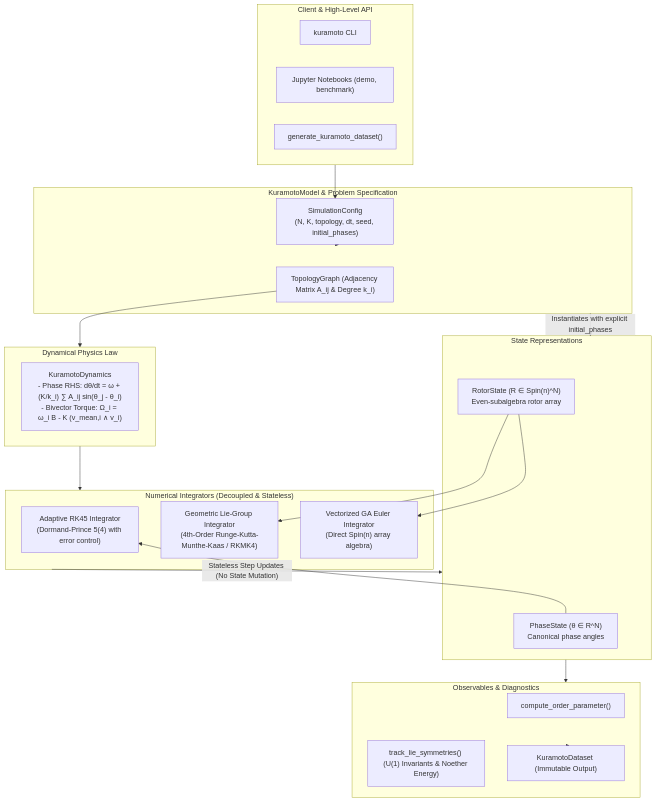
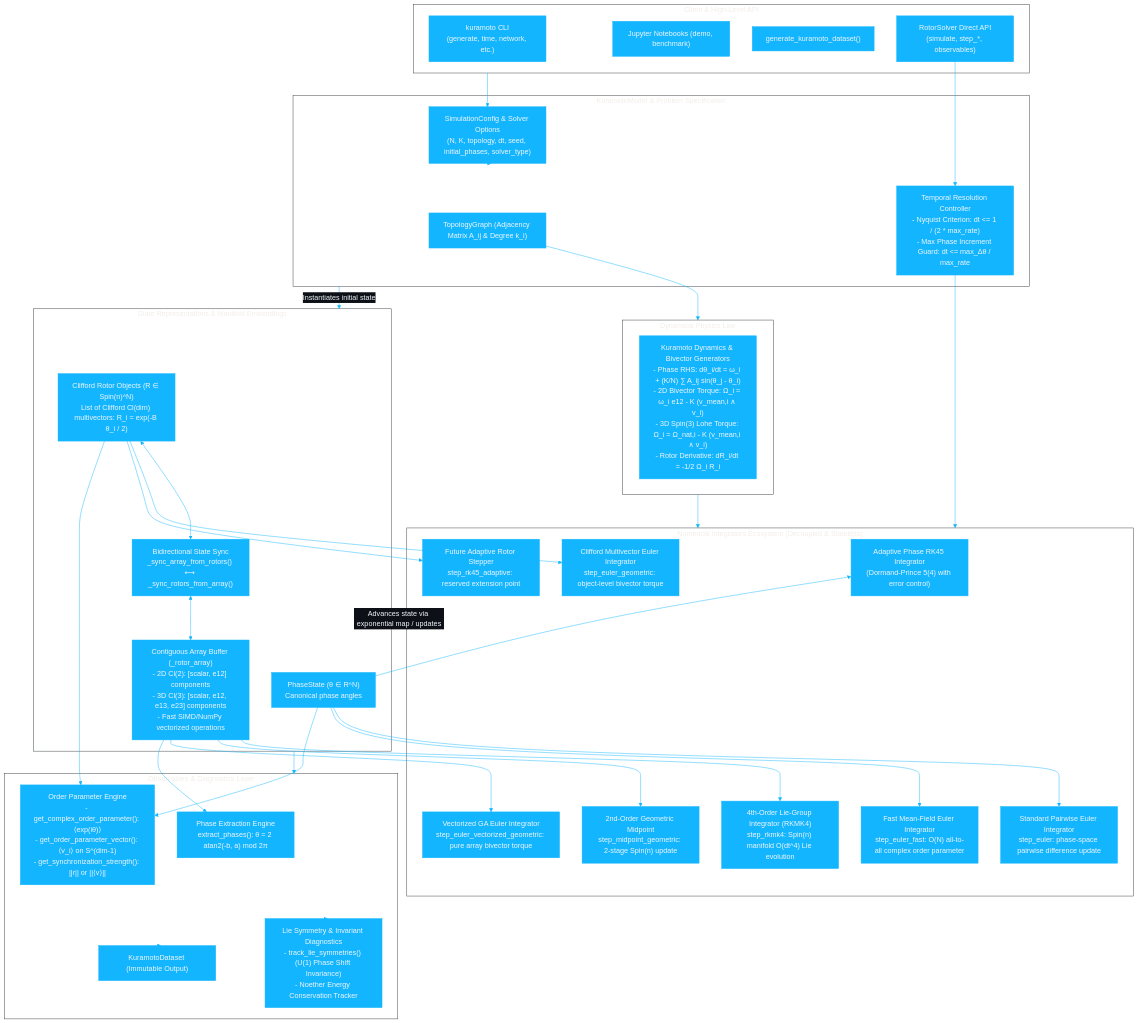
Before and after one commit to Scriber-Labs/kuramoto-benchmark-suite: the diagram in examples/architecture.mmd, drawn with Mermaid. The commit also changed 14 other files, not shown here.

```diff
--- a/examples/architecture.mmd
+++ b/examples/architecture.mmd
@@ -1,93 +1,102 @@
-%%{ init: {
-    "theme": "base",
-    "themeVariables": {
-        "background": "#0D1117",
-        "primaryColor": "#14B5FF",
-        "primaryTextColor": "#F0F6FC",
-        "primaryBorderColor": "#14B5FF",
-        "lineColor": "#14B5FF",
-        "secondaryColor": "#0070EB",
-        "tertiaryColor": "#0D1117",
-        "fontFamily": "'Aclonica', sans-serif",
-        "fontSize": "16px",
-        "clusterBkg": "rgba(255, 255, 255, 0.03)",
-        "clusterBorder": "#30363D",
-        "edgeLabelBackground":"#0D1117",
-        "nodeSpacing": 48,
-        "rankSpacing": 80,
-        "borderRadius": "10"
-    },
-    "themeCSS": "
-        .node rect, .node circle, .node ellipse, .node polygon, .node path: {
-            "fill-opacity": 0.9;
-            "stroke-width": 2px;1
-        }
-        .cluster rect {
-            "rx": 16;
-            "ry": 16;
-        }
-        .nodeLabel, .edgeLabel, .cluster-label, .cluster-label text, .label, .label text, text, .katex, .katex *, .MathJax, .MathJax *, mjx-container, mjx-container * {
-            color: #F0F6FC !important;
-            fill: #F0F6FC !important;
-            -webkit-text-fill-color: #F0F6FC !important;
-        }
-    ",
-    "flowchart": {
-        "curve": "basis",
-        "useMaxWidth": true,
-        "htmlLabels": true
-    },
-    "handDrawn": false
-    }
-}%%
-
-
+---
+config:
+  theme: base
+  look: classic
+  themeVariables:
+    background: "#0D1117"
+    primaryColor: "#14B5FF"
+    primaryTextColor: "#F0F6FC"
+    primaryBorderColor: "#14B5FF"
+    lineColor: "#14B5FF"
+    secondaryColor: "#0070EB"
+    tertiaryColor: "#0D1117"
+    fontFamily: "'Aclonica', sans-serif"
+    fontSize: "16px"
+    clusterBkg: "rgba(255, 255, 255, 0.03)"
+    clusterBorder: "#30363D"
+    edgeLabelBackground: "#0D1117"
+    nodeSpacing: 48
+    rankSpacing: 80
+    borderRadius: "10"
+  flowchart:
+    curve: basis
+    useMaxWidth: true
+    htmlLabels: true
+  themeCSS: |
+    .node rect, .node circle, .node ellipse, .node polygon, .node path { fill-opacity: 0.9; stroke-width: 2px; }
+    .cluster rect { rx: 16; ry: 16; }
+    .nodeLabel, .edgeLabel, .cluster-label, .cluster-label text, .label, .label text, text, .katex, .katex *, .MathJax, .MathJax *, mjx-container, mjx-container * { color: #F0F6FC !important; fill: #F0F6FC !important; -webkit-text-fill-color: #F0F6FC !important; }
+---
 flowchart TD
 
 subgraph Client_API["Client & High-Level API"]
-    CLI["kuramoto CLI"]
+    CLI["kuramoto CLI<br/>(generate, time, network, etc.)"]
     Notebooks["Jupyter Notebooks (demo, benchmark)"]
     API_Gen["generate_kuramoto_dataset()"]
+    Direct_Rotor["RotorSolver Direct API<br/>(simulate, step_*, observables)"]
 end
 
 subgraph Model_Orchestration["KuramotoModel & Problem Specification"]
-    Config["SimulationConfig<br/>(N, K, topology, dt, seed, initial_phases)"]
+    Config["SimulationConfig & Solver Options<br/>(N, K, topology, dt, seed, initial_phases, solver_type)"]
     Topology["TopologyGraph (Adjacency Matrix A_ij & Degree k_i)"]
+    Temporal_Ctrl["Temporal Resolution Controller<br/>- Nyquist Criterion: dt <= 1 / (2 * max_rate)<br/>- Max Phase Increment Guard: dt <= max_Δθ / max_rate"]
 end
 
 subgraph Physics_Law["Dynamical Physics Law"]
-      KuramotoPhysics["KuramotoDynamics<br/>- Phase RHS: dθ/dt = ω + (K/k_i) ∑ A_ij sin(θ_j - θ_i)<br/>- Bivector Torque: Ω_i = ω_i B - K (v_mean,i ∧ v_i)"]
+    KuramotoPhysics["Kuramoto Dynamics & Bivector Generators<br/>- Phase RHS: dθ_i/dt = ω_i + (K/N) ∑ A_ij sin(θ_j - θ_i)<br/>- 2D Bivector Torque: Ω_i = ω_i e12 - K (v_mean,i ∧ v_i)<br/>- 3D Spin(3) Lohe Torque: Ω_i = Ω_nat,i - K (v_mean,i ∧ v_i)<br/>- Rotor Derivative: dR_i/dt = -1/2 Ω_i R_i"]
 end
 
-subgraph State_Representations["State Representations"]
+subgraph State_Representations["State Representations & Manifold Embeddings"]
     PhaseState["PhaseState (θ ∈ R^N)<br/>Canonical phase angles"]
-    RotorState["RotorState (R ∈ Spin(n)^N)<br/>Even-subalgebra rotor array"]
+    RotorState["Clifford Rotor Objects (R ∈ Spin(n)^N)<br/>List of Clifford Cl(dim) multivectors: R_i = exp(-B θ_i / 2)"]
+    RotorArray["Contiguous Array Buffer (_rotor_array)<br/>- 2D Cl(2): [scalar, e12] components<br/>- 3D Cl(3): [scalar, e12, e13, e23] components<br/>- Fast SIMD/NumPy vectorized operations"]
+    Sync["Bidirectional State Sync<br/>_sync_array_from_rotors() ⟷ _sync_rotors_from_array()"]
 end
 
-subgraph Integrator_Ecosystem["Numerical Integrators (Decoupled & Stateless)"]
-    RK45_Int["Adaptive RK45 Integrator<br/>(Dormand-Prince 5(4) with error control)"]
-    Lie_RKMK["Geometric Lie-Group Integrator<br/>(4th-Order Runge-Kutta-Munthe-Kaas / RKMK4)"]
-    Vec_Euler["Vectorized GA Euler Integrator<br/>(Direct Spin(n) array algebra)"]
+subgraph Integrator_Ecosystem["Numerical Integrators Ecosystem (Decoupled & Stateless)"]
+    RK45_Int["Adaptive Phase RK45 Integrator<br/>(Dormand-Prince 5(4) with error control)"]
+    Lie_RKMK["4th-Order Lie-Group Integrator (RKMK4)<br/>step_rkmk4: Spin(n) manifold O(dt^4) Lie evolution"]
+    Midpoint_Geom["2nd-Order Geometric Midpoint<br/>step_midpoint_geometric: 2-stage Spin(n) update"]
+    Vec_Euler["Vectorized GA Euler Integrator<br/>step_euler_vectorized_geometric: pure array bivector torque"]
+    Geom_Euler["Clifford Multivector Euler Integrator<br/>step_euler_geometric: object-level bivector torque"]
+    Fast_Euler["Fast Mean-Field Euler Integrator<br/>step_euler_fast: O(N) all-to-all complex order parameter"]
+    Std_Euler["Standard Pairwise Euler Integrator<br/>step_euler: phase-space pairwise difference update"]
+    Adaptive_Future["Future Adaptive Rotor Stepper<br/>step_rk45_adaptive: reserved extension point"]
 end
 
-subgraph Diagnostics_Layer["Observables & Diagnostics"]
-    Obs_OP["compute_order_parameter()"]
-    Obs_Lie["track_lie_symmetries() (U(1) Invariants & Noether Energy)"]
+subgraph Diagnostics_Layer["Observables & Diagnostics Layer"]
+    Obs_Phase["Phase Extraction Engine<br/>extract_phases(): θ = 2 atan2(-b, a) mod 2π"]
+    Obs_OP["Order Parameter Engine<br/>- get_complex_order_parameter(): ⟨exp(iθ)⟩<br/>- get_order_parameter_vector(): ⟨v_i⟩ on S^(dim-1)<br/>- get_synchronization_strength(): ||r|| or ||⟨v⟩||"]
+    Obs_Lie["Lie Symmetry & Invariant Diagnostics<br/>- track_lie_symmetries() (U(1) Phase Shift Invariance)<br/>- Noether Energy Conservation Tracker"]
     Dataset_Out["KuramotoDataset (Immutable Output)"]
 end
 
 Client_API --> Config
+Direct_Rotor --> Temporal_Ctrl
 Config --> Model_Orchestration
 Topology --> Physics_Law
+Temporal_Ctrl --> Integrator_Ecosystem
 
-Model_Orchestration -->|"Instantiates with explicit initial_phases"| State_Representations
+Model_Orchestration -->|"Instantiates initial state"| State_Representations
+
+RotorState <--> Sync
+Sync <--> RotorArray
 
 PhaseState --> RK45_Int
-RotorState --> Lie_RKMK
-RotorState --> Vec_Euler
+PhaseState --> Std_Euler
+PhaseState --> Fast_Euler
+RotorArray --> Lie_RKMK
+RotorArray --> Midpoint_Geom
+RotorArray --> Vec_Euler
+RotorState --> Geom_Euler
+RotorState --> Adaptive_Future
 
 Physics_Law --> Integrator_Ecosystem
-Integrator_Ecosystem -->|"Stateless Step Updates (No State Mutation)"| State_Representations
+Integrator_Ecosystem -->|"Advances state via exponential map / updates"| State_Representations
 
 State_Representations --> Diagnostics_Layer
+RotorArray --> Obs_Phase
+RotorState --> Obs_OP
+PhaseState --> Obs_OP
+Diagnostics_Layer --> Obs_Lie
 Diagnostics_Layer --> Dataset_Out
```
